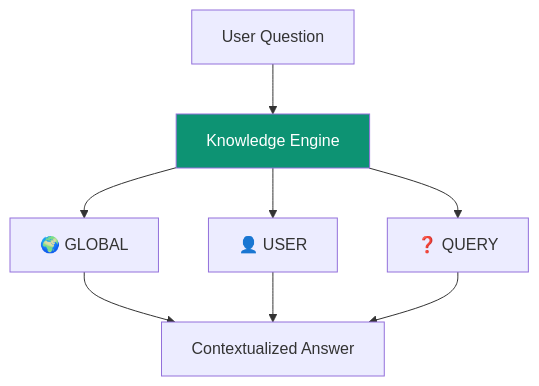
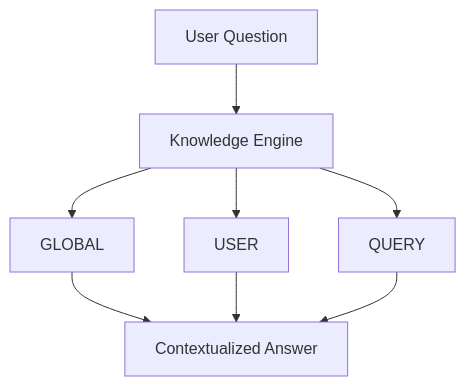
The second of 4 diagrams in introduction/core-concepts.mdx (ashishsuperatom/tech-docs), drawn with Mermaid before and after one commit. The commit also changed other lines of this file and 37 other files, not shown here.

First line of the commit message:
Clean up docs: remove em-dashes, fix mermaid diagrams, remove emojis

````diff
--- a/introduction/core-concepts.mdx
+++ b/introduction/core-concepts.mdx
@@ -70,8 +64,7 @@
 ```mermaid
 flowchart TD
     QUESTION["User Question"] --> ENGINE["Knowledge Engine"]
-    ENGINE --> G["🌍 GLOBAL"] & U["👤 USER"] & Q["❓ QUERY"]
+    ENGINE --> G["GLOBAL"] & U["USER"] & Q["QUERY"]
     G & U & Q --> ANSWER["Contextualized Answer"]
 
-    style ENGINE fill:#0D9373,color:#fff
 ```
````
